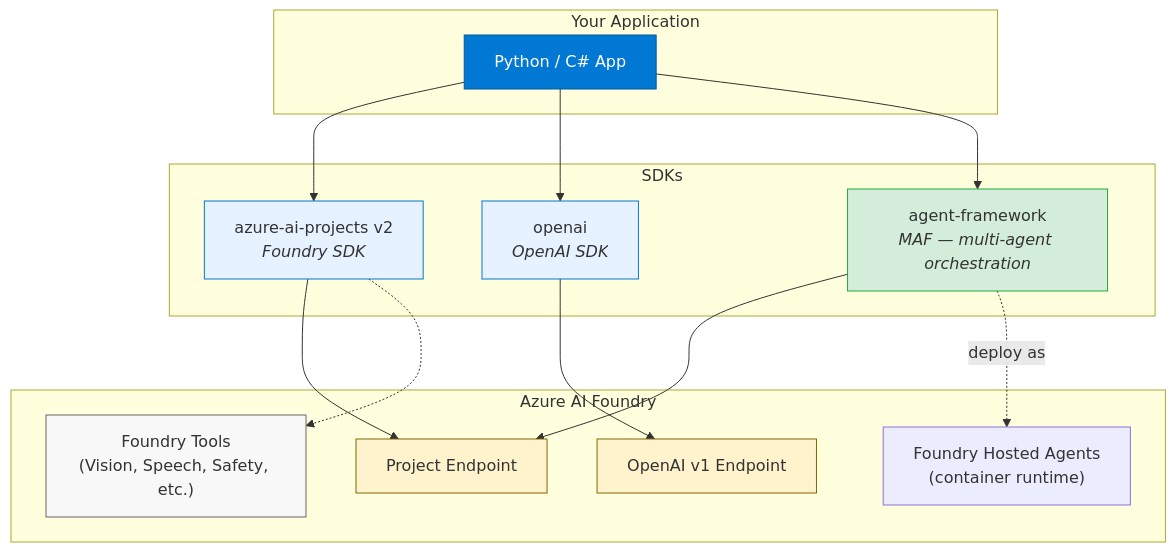
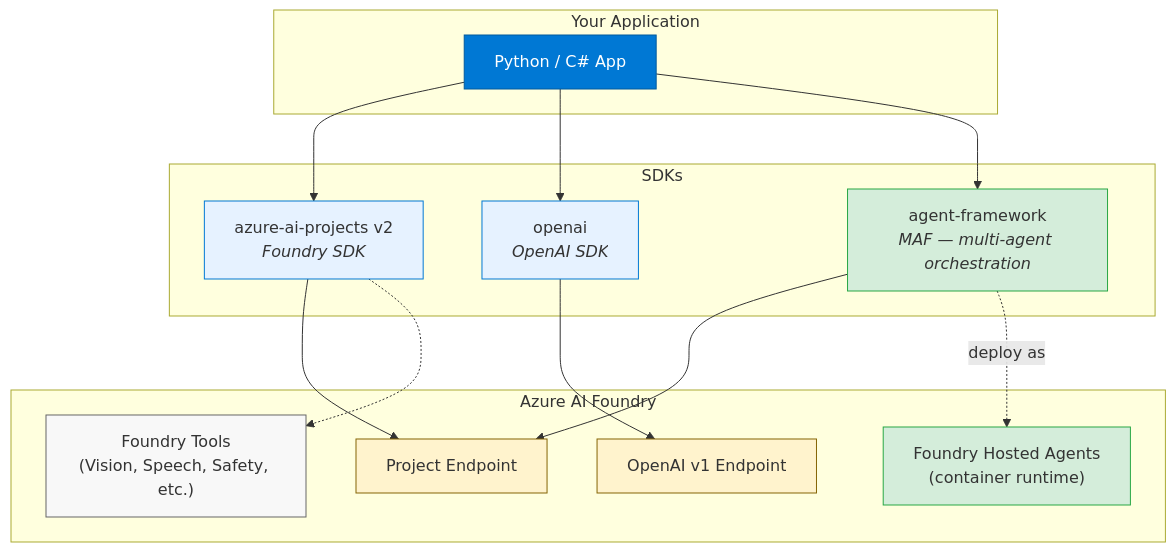
The third of 3 diagrams in README.md (Arturo-Quiroga-MSFT/microsoft-agents-platform-guide), drawn with Mermaid before and after one commit. The commit also changed other lines of this file, not shown here.

First line of the commit message:
docs(readme): update mermaid diagrams for MAF consistency

````diff
--- a/README.md
+++ b/README.md
@@ -96,37 +109,38 @@
 ```mermaid
 graph TB
     subgraph "Your Application"
         APP["Python / C# App"]
     end
 
     subgraph "SDKs"
         AIP["azure-ai-projects v2<br/><i>Foundry SDK</i>"]
         OAI["openai<br/><i>OpenAI SDK</i>"]
         MAF["agent-framework<br/><i>MAF — multi-agent orchestration</i>"]
     end
 
     subgraph "Azure AI Foundry"
         PROJ["Project Endpoint"]
         OAIEP["OpenAI v1 Endpoint"]
         TOOLS["Foundry Tools<br/>(Vision, Speech, Safety, etc.)"]
         HOST["Foundry Hosted Agents<br/>(container runtime)"]
     end
 
     APP --> AIP
     APP --> OAI
     APP --> MAF
 
     AIP --> PROJ
     OAI --> OAIEP
     MAF --> PROJ
     MAF -. "deploy as" .-> HOST
     AIP -.-> TOOLS
 
     style APP fill:#0078D4,color:#fff,stroke:#005A9E
     style AIP fill:#E6F2FF,stroke:#0078D4
     style OAI fill:#E6F2FF,stroke:#0078D4
     style MAF fill:#D4EDDA,stroke:#28A745
     style PROJ fill:#FFF3CD,stroke:#856404
     style OAIEP fill:#FFF3CD,stroke:#856404
+    style HOST fill:#D4EDDA,stroke:#28A745
     style TOOLS fill:#f8f8f8,stroke:#666
 ```
````
